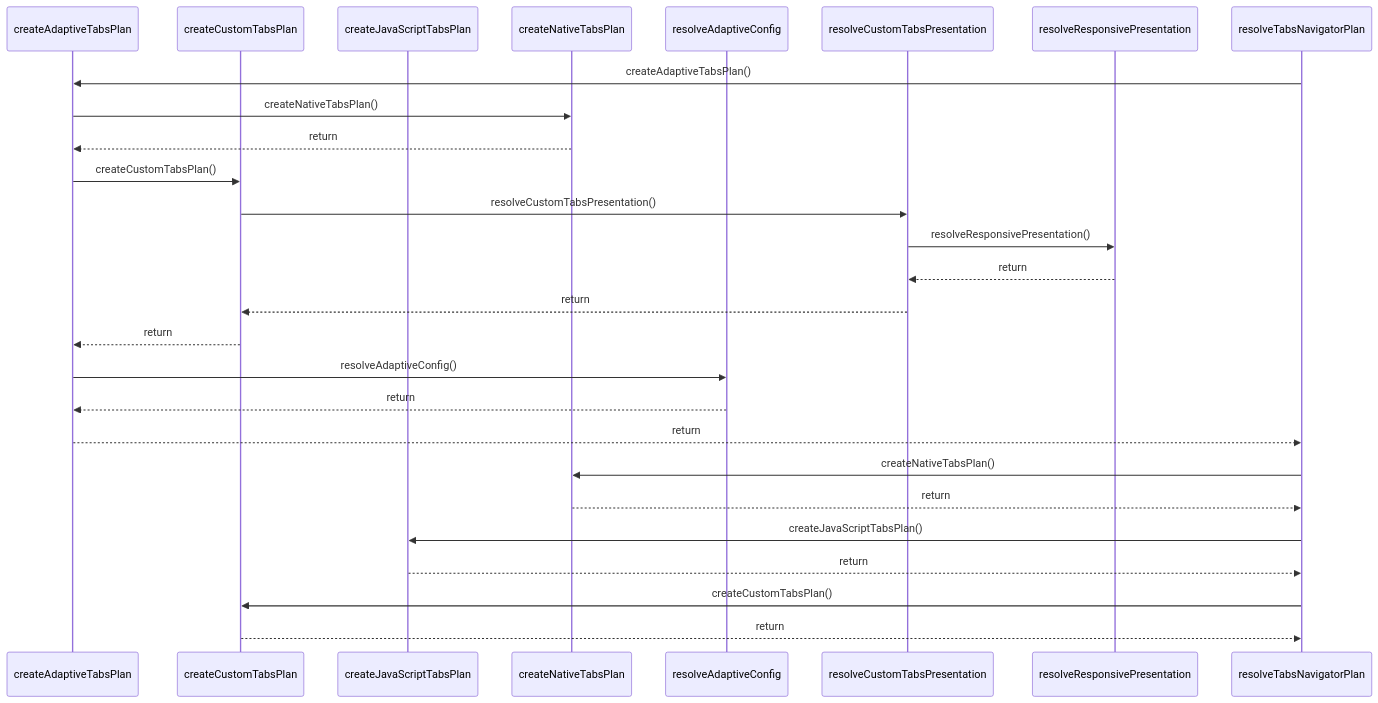
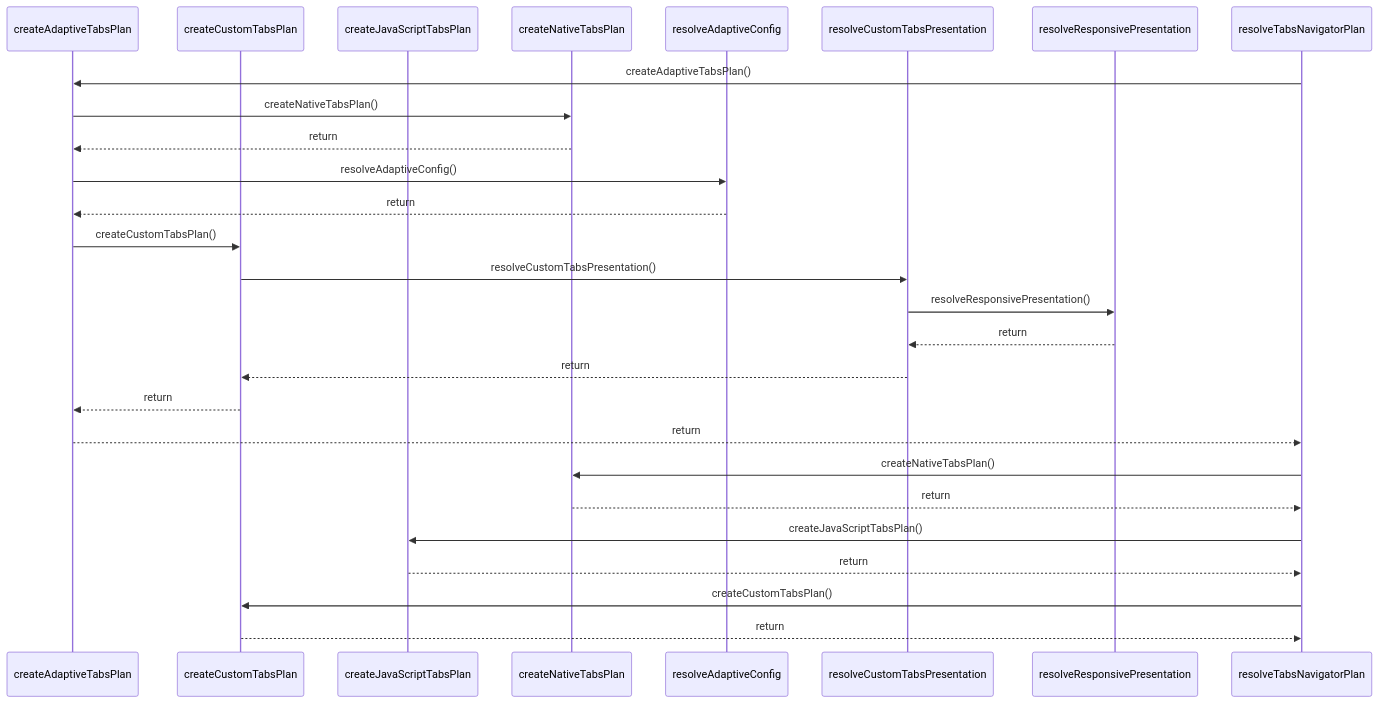
The diagram in paradox/diagrams/sequences/resolve-tabs-navigator-plan.mmd (ankhorage/navigator), drawn with Mermaid before and after one commit. The commit also changed other lines of this file and 31 other files, not shown here.

Commit message:
feat: complete adaptive tabs runtime (#43)

```diff
--- a/paradox/diagrams/sequences/resolve-tabs-navigator-plan.mmd
+++ b/paradox/diagrams/sequences/resolve-tabs-navigator-plan.mmd
@@ -1,27 +1,27 @@
 sequenceDiagram
   participant participant_createAdaptiveTabsPlan as createAdaptiveTabsPlan
   participant participant_createCustomTabsPlan as createCustomTabsPlan
   participant participant_createJavaScriptTabsPlan as createJavaScriptTabsPlan
   participant participant_createNativeTabsPlan as createNativeTabsPlan
   participant participant_resolveAdaptiveConfig as resolveAdaptiveConfig
   participant participant_resolveCustomTabsPresentation as resolveCustomTabsPresentation
   participant participant_resolveResponsivePresentation as resolveResponsivePresentation
   participant participant_resolveTabsNavigatorPlan as resolveTabsNavigatorPlan
   participant_resolveTabsNavigatorPlan->>participant_createAdaptiveTabsPlan: createAdaptiveTabsPlan()
   participant_createAdaptiveTabsPlan->>participant_createNativeTabsPlan: createNativeTabsPlan()
   participant_createNativeTabsPlan-->>participant_createAdaptiveTabsPlan: return
+  participant_createAdaptiveTabsPlan->>participant_resolveAdaptiveConfig: resolveAdaptiveConfig()
+  participant_resolveAdaptiveConfig-->>participant_createAdaptiveTabsPlan: return
   participant_createAdaptiveTabsPlan->>participant_createCustomTabsPlan: createCustomTabsPlan()
   participant_createCustomTabsPlan->>participant_resolveCustomTabsPresentation: resolveCustomTabsPresentation()
   participant_resolveCustomTabsPresentation->>participant_resolveResponsivePresentation: resolveResponsivePresentation()
   participant_resolveResponsivePresentation-->>participant_resolveCustomTabsPresentation: return
   participant_resolveCustomTabsPresentation-->>participant_createCustomTabsPlan: return
   participant_createCustomTabsPlan-->>participant_createAdaptiveTabsPlan: return
-  participant_createAdaptiveTabsPlan->>participant_resolveAdaptiveConfig: resolveAdaptiveConfig()
-  participant_resolveAdaptiveConfig-->>participant_createAdaptiveTabsPlan: return
   participant_createAdaptiveTabsPlan-->>participant_resolveTabsNavigatorPlan: return
   participant_resolveTabsNavigatorPlan->>participant_createNativeTabsPlan: createNativeTabsPlan()
   participant_createNativeTabsPlan-->>participant_resolveTabsNavigatorPlan: return
   participant_resolveTabsNavigatorPlan->>participant_createJavaScriptTabsPlan: createJavaScriptTabsPlan()
   participant_createJavaScriptTabsPlan-->>participant_resolveTabsNavigatorPlan: return
   participant_resolveTabsNavigatorPlan->>participant_createCustomTabsPlan: createCustomTabsPlan()
   participant_createCustomTabsPlan-->>participant_resolveTabsNavigatorPlan: return
```
